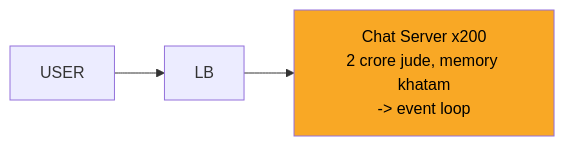
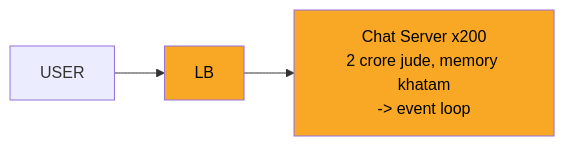
One commit to ArpanMaheshwari144/Prep changed the second of 12 diagrams in 04_HLD/SYSTEM_DESIGNS/14_chat_messaging/14_chat_messaging.md. Above: the diagram before and after it, drawn with Mermaid. The commit also changed other lines of this file, not shown here.

````diff
--- a/04_HLD/SYSTEM_DESIGNS/14_chat_messaging/14_chat_messaging.md
+++ b/04_HLD/SYSTEM_DESIGNS/14_chat_messaging/14_chat_messaging.md
@@ -131,9 +122,10 @@
 ```mermaid
 flowchart LR
     n_U["USER"]
     n_LB["LB"]
     n_CS["Chat Server x200<br/>2 crore jude, memory khatam<br/>-> event loop"]
     n_U --> n_LB
     n_LB --> n_CS
     style n_CS fill:#f9a825,color:#000
+    style n_LB fill:#f9a825,color:#000
 ```
````
